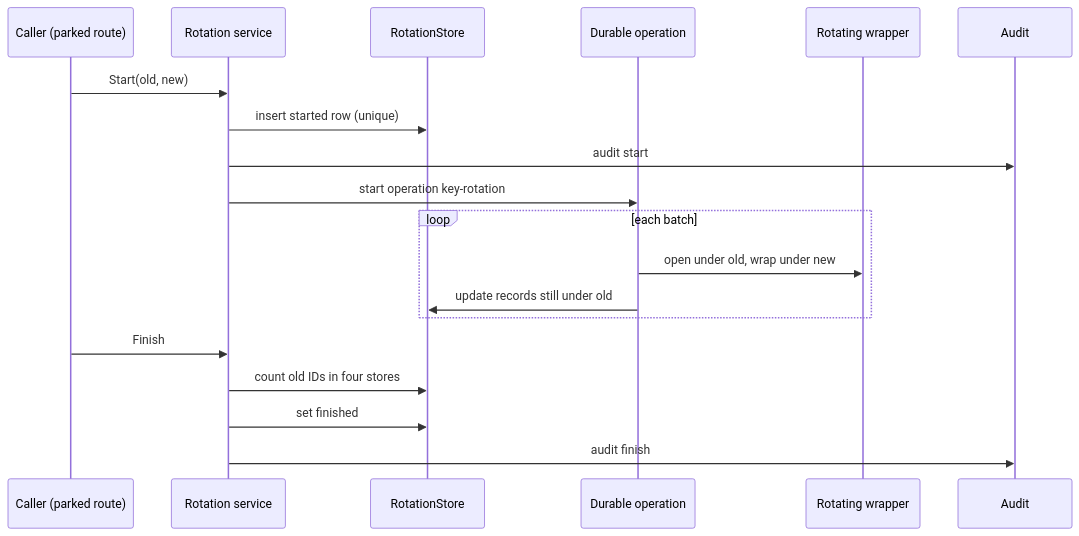
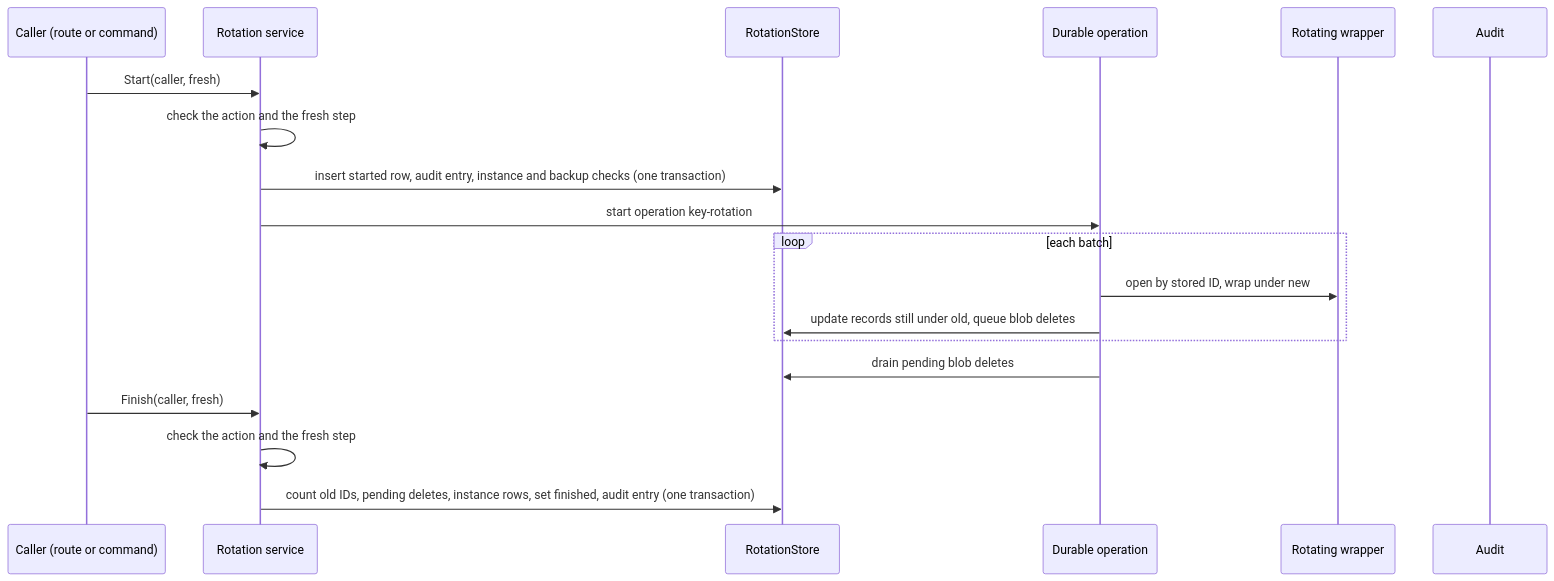
One commit to OpenDustpan/OpenDustpan changed the first of 2 diagrams in openspec/changes/key-encryption-key-rotation/design.md. Above: the diagram before and after it, drawn with Mermaid. The commit also changed other lines of this file and 3 other files, not shown here.

````diff
--- a/openspec/changes/key-encryption-key-rotation/design.md
+++ b/openspec/changes/key-encryption-key-rotation/design.md
@@ -47,21 +120,21 @@
 ```mermaid
 sequenceDiagram
-participant C as Caller (parked route)
+participant C as Caller (route or command)
 participant S as Rotation service
 participant R as RotationStore
 participant D as Durable operation
 participant K as Rotating wrapper
 participant A as Audit
-C->>S: Start(old, new)
-S->>R: insert started row (unique)
-S->>A: audit start
+C->>S: Start(caller, fresh)
+S->>S: check the action and the fresh step
+S->>R: insert started row, audit entry, instance and backup checks (one transaction)
 S->>D: start operation key-rotation
 loop each batch
-D->>K: open under old, wrap under new
-D->>R: update records still under old
+D->>K: open by stored ID, wrap under new
+D->>R: update records still under old, queue blob deletes
 end
-C->>S: Finish
-S->>R: count old IDs in four stores
-S->>R: set finished
-S->>A: audit finish
+D->>R: drain pending blob deletes
+C->>S: Finish(caller, fresh)
+S->>S: check the action and the fresh step
+S->>R: count old IDs, pending deletes, instance rows, set finished, audit entry (one transaction)
 ```
````
